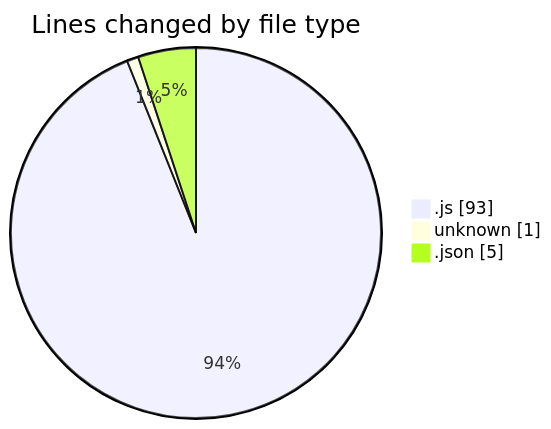
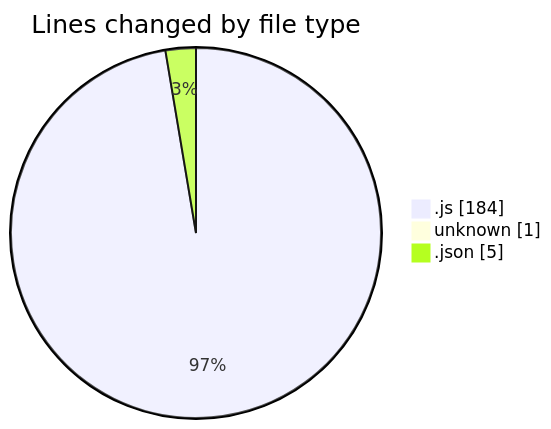
One commit to BS-eng2023/code-tracking changed the first of 2 diagrams in 2025-03-27/vms-backend/README.md. Above: the diagram before and after it, drawn with Mermaid. The commit also changed other lines of this file and 1 other file, not shown here.

````diff
--- a/2025-03-27/vms-backend/README.md
+++ b/2025-03-27/vms-backend/README.md
@@ -25,7 +26,7 @@
 ```mermaid
 pie showData
 title Lines changed by file type
-".js" : 93
+".js" : 184
 "unknown" : 1
 ".json" : 5
 ```
````
